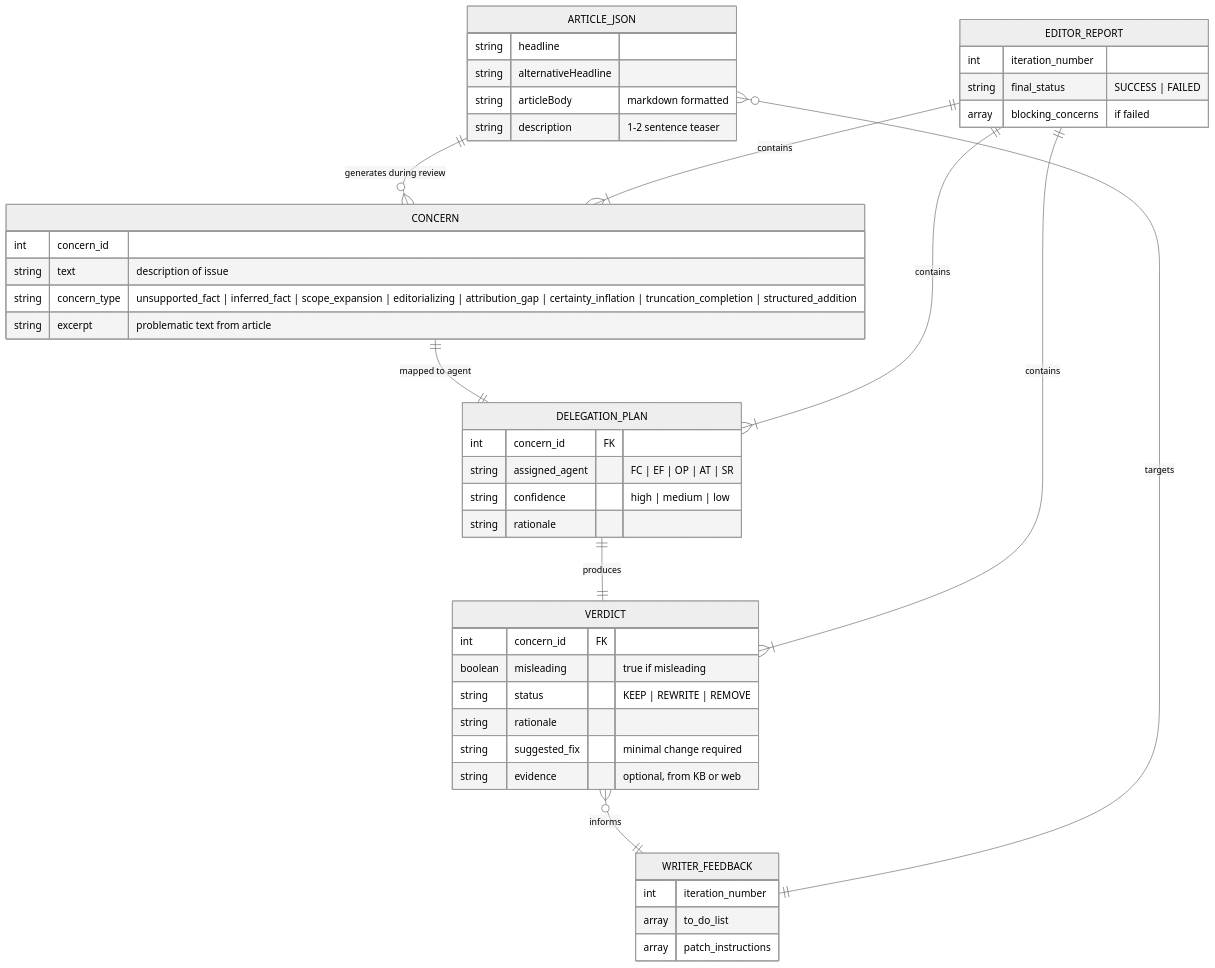
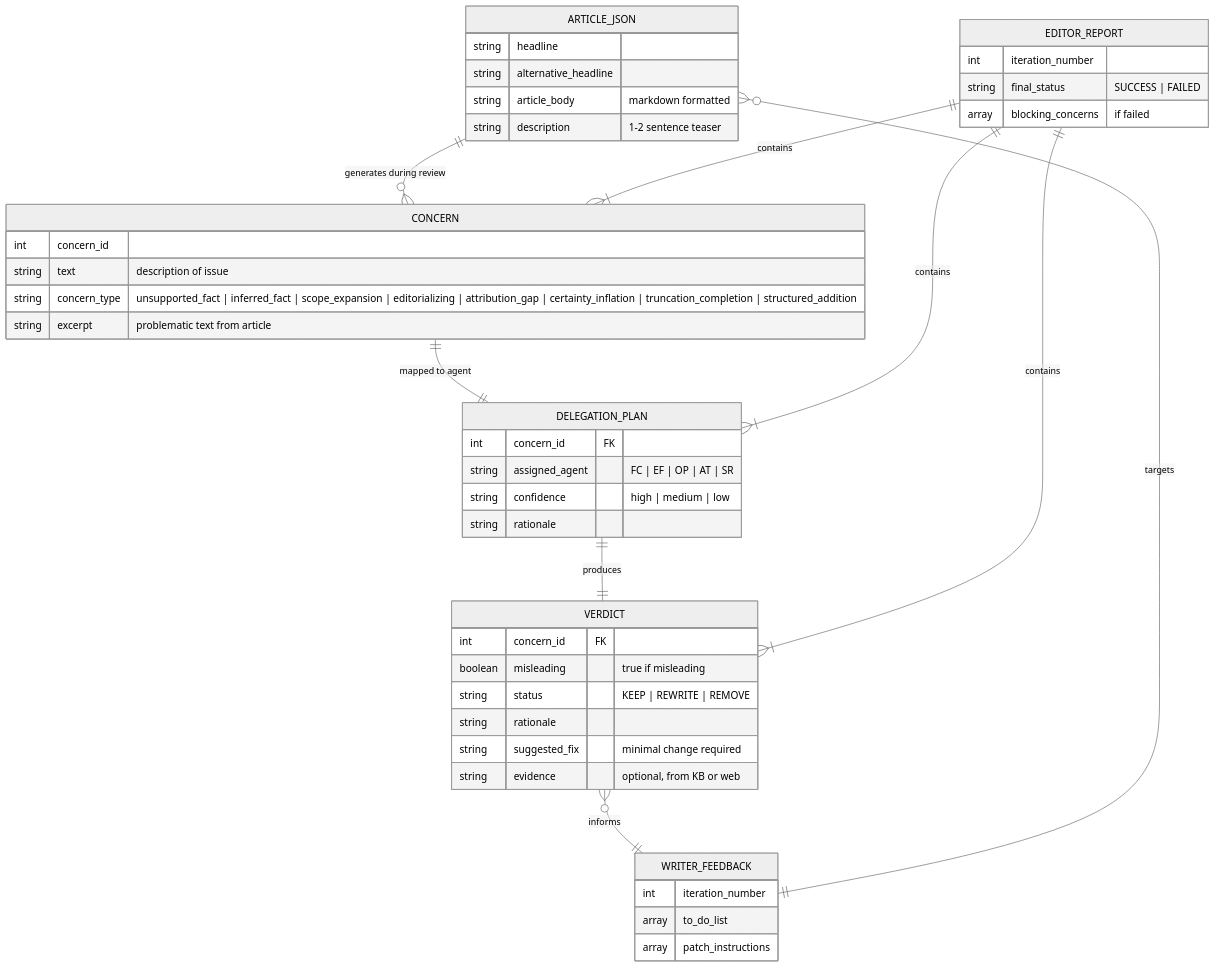
One commit to florianbuetow/agentic-news-generator changed the fourth of 4 diagrams in docs/article-editor-agent-requirements.md. Above: the diagram before and after it, drawn with Mermaid (neutral theme). The commit also changed other lines of this file and 3 other files, not shown here.

````diff
--- a/docs/article-editor-agent-requirements.md
+++ b/docs/article-editor-agent-requirements.md
@@ -224,53 +224,53 @@
 ```mermaid
 erDiagram
     ARTICLE_JSON ||--o{ CONCERN : "generates during review"
     CONCERN ||--|| DELEGATION_PLAN : "mapped to agent"
     DELEGATION_PLAN ||--|| VERDICT : "produces"
     EDITOR_REPORT ||--|{ CONCERN : "contains"
     EDITOR_REPORT ||--|{ DELEGATION_PLAN : "contains"
     EDITOR_REPORT ||--|{ VERDICT : "contains"
     VERDICT }o--|| WRITER_FEEDBACK : "informs"
     ARTICLE_JSON }o--|| WRITER_FEEDBACK : "targets"
 
     ARTICLE_JSON {
         string headline
-        string alternativeHeadline
-        string articleBody "markdown formatted"
+        string alternative_headline
+        string article_body "markdown formatted"
         string description "1-2 sentence teaser"
     }
 
     CONCERN {
         int concern_id
         string text "description of issue"
         string concern_type "unsupported_fact | inferred_fact | scope_expansion | editorializing | attribution_gap | certainty_inflation | truncation_completion | structured_addition"
         string excerpt "problematic text from article"
     }
 
     DELEGATION_PLAN {
         int concern_id FK
         string assigned_agent "FC | EF | OP | AT | SR"
         string confidence "high | medium | low"
         string rationale
     }
 
     VERDICT {
         int concern_id FK
         boolean misleading "true if misleading"
         string status "KEEP | REWRITE | REMOVE"
         string rationale
         string suggested_fix "minimal change required"
         string evidence "optional, from KB or web"
     }
 
     EDITOR_REPORT {
         int iteration_number
         string final_status "SUCCESS | FAILED"
         array blocking_concerns "if failed"
     }
 
     WRITER_FEEDBACK {
         int iteration_number
         array to_do_list
         array patch_instructions
     }
 ```
````
